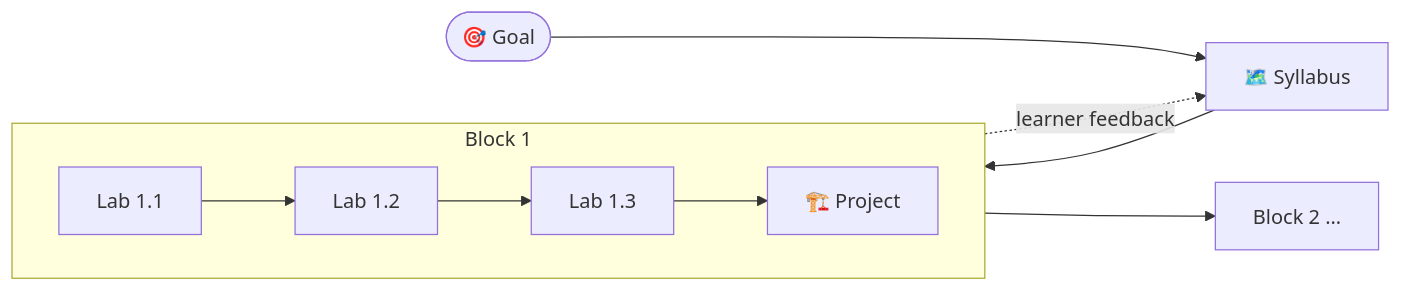
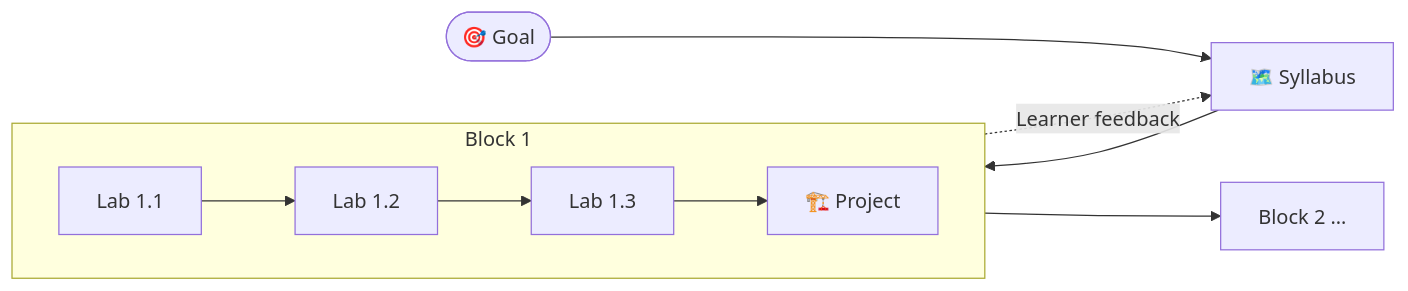
One commit to Chamba-Lab/studyforge changed the diagram in skills/studyforge/references/method.md. Above: the diagram before and after it, drawn with Mermaid. The commit also changed 6 other files, not shown here.

Commit message:
fix(skill): require capitalized diagram labels and a proofreading pass (#6)

````diff
--- a/skills/studyforge/references/method.md
+++ b/skills/studyforge/references/method.md
@@ -7,11 +7,11 @@
 ```mermaid
 flowchart LR
     G([🎯 Goal]) --> S[🗺️ Syllabus]
     S --> B1
     subgraph B1 [Block 1]
         direction LR
         L1[Lab 1.1] --> L2[Lab 1.2] --> L3[Lab 1.3] --> P1[🏗️ Project]
     end
     B1 --> B2[Block 2 …]
-    P1 -. learner feedback .-> S
+    P1 -. Learner feedback .-> S
 ```
````
